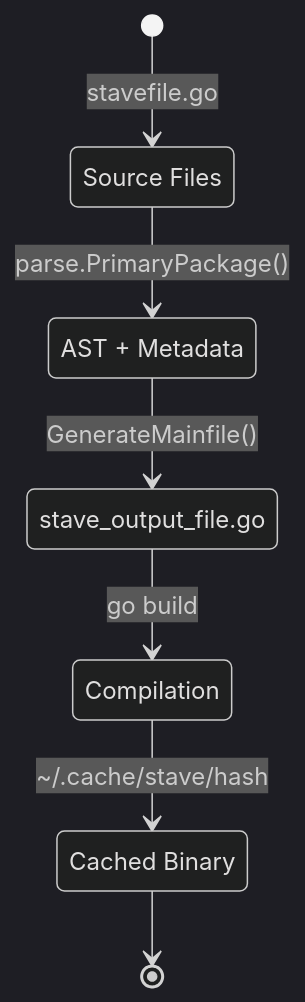
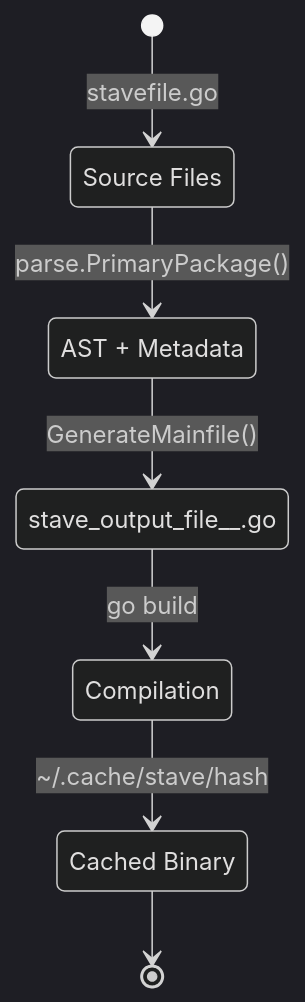
One commit to yaklabco/stave changed the second of 3 diagrams in docs/contributing/architecture.md. Above: the diagram before and after it, drawn with Mermaid (dark theme). The commit also changed other lines of this file and 9 other files, not shown here.

First line of the commit message:
feat: deterministic deduped ephemeral Go files (f.k.a. `stave_output_file.go`) (#86)

````diff
--- a/docs/contributing/architecture.md
+++ b/docs/contributing/architecture.md
@@ -233,16 +233,16 @@
 ```mermaid
 stateDiagram-v2
     direction TB
     [*] --> stavefile: stavefile.go
     stavefile --> PkgInfo: parse.PrimaryPackage()
     PkgInfo --> mainfile: GenerateMainfile()
     mainfile --> build: go build
     build --> cache: ~/.cache/stave/hash
     cache --> [*]
 
     stavefile: Source Files
     PkgInfo: AST + Metadata
-    mainfile: stave_output_file.go
+    mainfile: stave_output_file_<hash>_<pid>.go
     build: Compilation
     cache: Cached Binary
 ```
````
